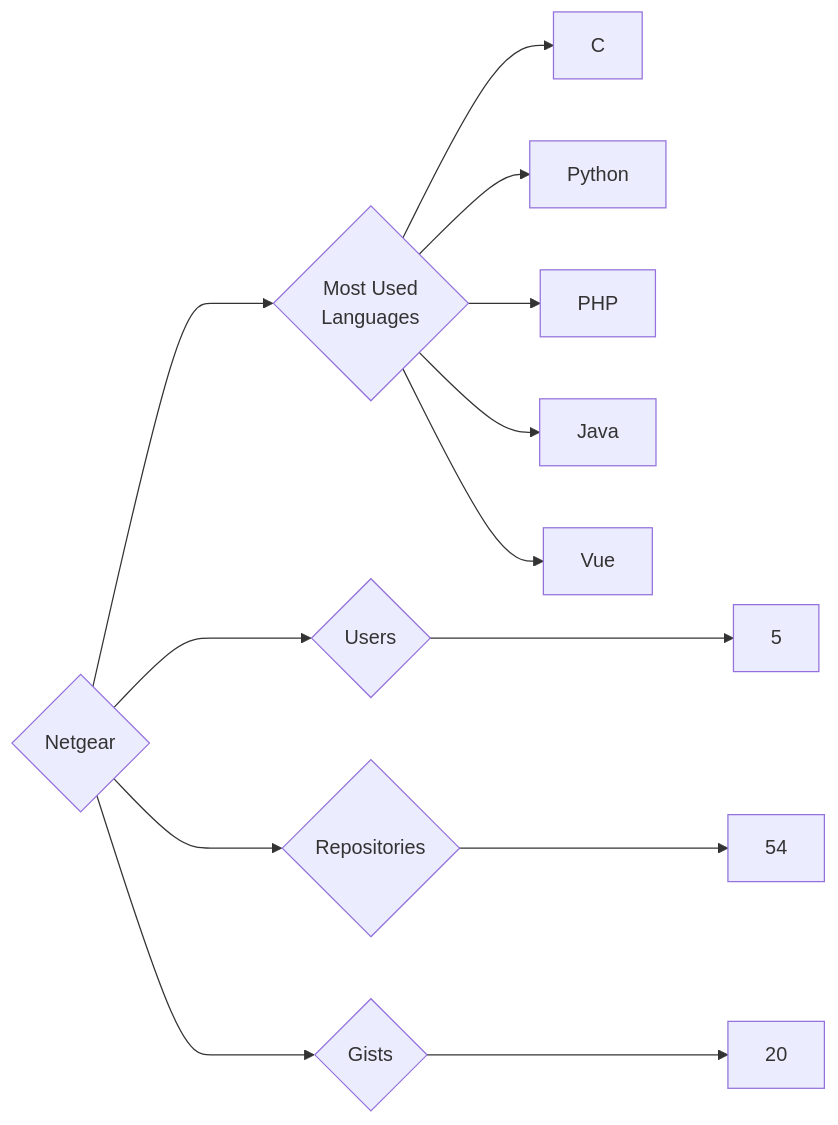
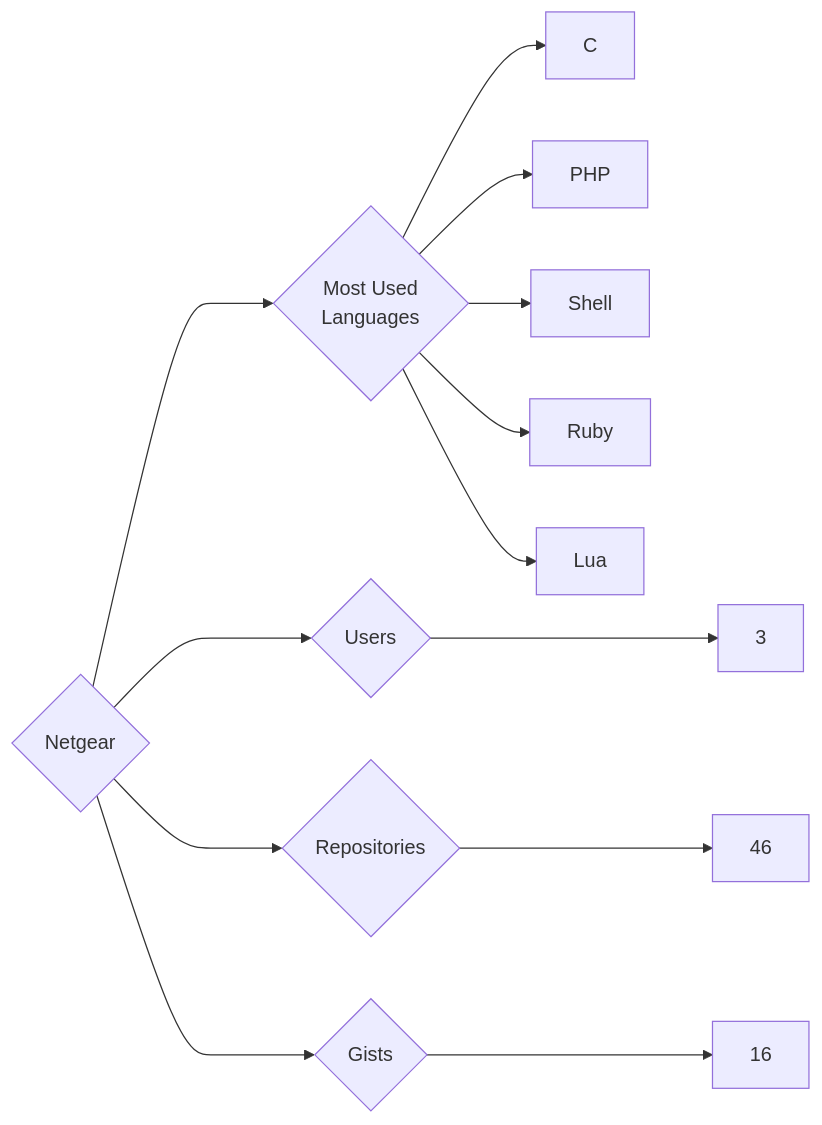
Before and after one commit to trickest/insiders: the diagram in targets/Netgear/README.md, drawn with Mermaid. The commit also changed 797 other files, not shown here.

````diff
--- a/targets/Netgear/README.md
+++ b/targets/Netgear/README.md
@@ -3,13 +3,13 @@
 ```mermaid
 graph LR
 COMPANY_NAME{Netgear}
-COMPANY_NAME ---> U{Users} ---> UN[5]
-COMPANY_NAME ---> R{Repositories} ---> RN[54]
-COMPANY_NAME ---> G{Gists} ---> GN[20]
+COMPANY_NAME ---> U{Users} ---> UN[3]
+COMPANY_NAME ---> R{Repositories} ---> RN[46]
+COMPANY_NAME ---> G{Gists} ---> GN[16]
 COMPANY_NAME ---> ML{Most Used<br>Languages}
 ML --> C[C]
-ML --> Python[Python]
 ML --> PHP[PHP]
-ML --> Java[Java]
-ML --> Vue[Vue]
+ML --> Shell[Shell]
+ML --> Ruby[Ruby]
+ML --> Lua[Lua]
 ```
````
